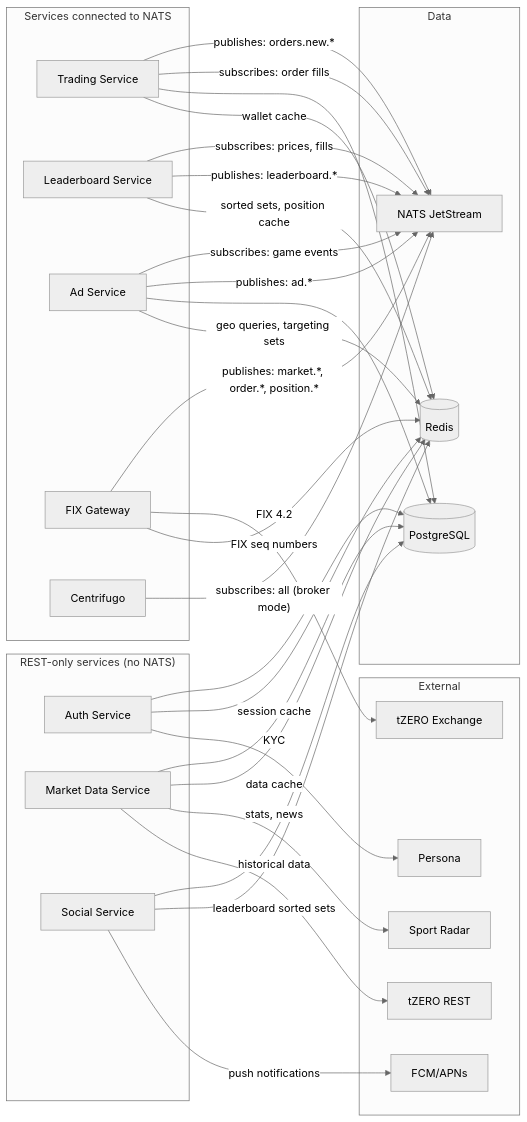
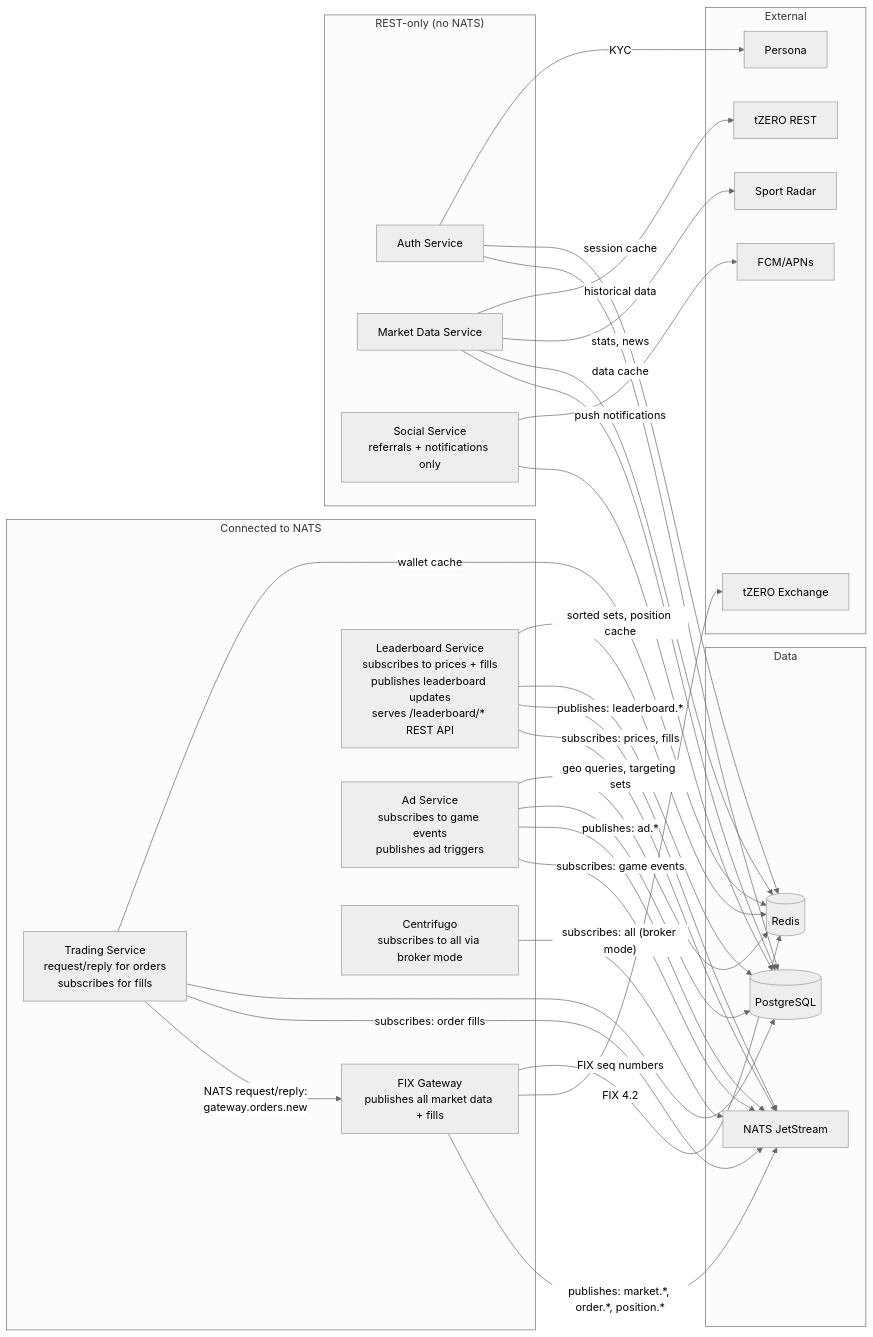
One commit to Novosapien/inplay-vault changed the second of 4 diagrams in vault/architecture/architecture.md. Above: the diagram before and after it, drawn with Mermaid (neutral theme). The commit also changed other lines of this file and 3 other files, not shown here.

First line of the commit message:
Fix service connections: Trading→FIX via NATS request/reply, Leaderboard gets REST API

````diff
--- a/vault/architecture/architecture.md
+++ b/vault/architecture/architecture.md
@@ -83,65 +85,67 @@
 ```mermaid
 graph LR
-    subgraph NATS_Connected["Services connected to NATS"]
-        TRADING[Trading Service]
-        LEADER[Leaderboard Service]
-        ADS[Ad Service]
-        FIX[FIX Gateway]
-        CENT[Centrifugo]
+    subgraph NATS_Connected["Connected to NATS"]
+        FIX[FIX Gateway<br/>publishes all market data + fills]
+        TRADING[Trading Service<br/>request/reply for orders<br/>subscribes for fills]
+        LEADER[Leaderboard Service<br/>subscribes to prices + fills<br/>publishes leaderboard updates<br/>serves /leaderboard/* REST API]
+        ADS[Ad Service<br/>subscribes to game events<br/>publishes ad triggers]
+        CENT[Centrifugo<br/>subscribes to all via broker mode]
     end
 
-    subgraph REST_Only["REST-only services (no NATS)"]
+    subgraph REST_Only["REST-only (no NATS)"]
         AUTH[Auth Service]
         MARKET[Market Data Service]
-        SOCIAL[Social Service]
+        SOCIAL[Social Service<br/>referrals + notifications only]
     end
 
     subgraph Data
         NATS[NATS JetStream]
         PG[(PostgreSQL)]
         REDIS[(Redis)]
     end
 
     subgraph External
         TZERO[tZERO Exchange]
         SR[Sport Radar]
         PERSONA[Persona]
         FCM[FCM/APNs]
         TZERO_REST[tZERO REST]
     end
 
-    %% NATS connections
+    %% Order flow: Trading Service → FIX Gateway via NATS request/reply
+    TRADING -- "NATS request/reply:<br/>gateway.orders.new" --> FIX
+    
+    %% FIX Gateway publishes results to NATS
     FIX -- "publishes: market.*, order.*, position.*" --> NATS
-    TRADING -- "publishes: orders.new.*" --> NATS
+    FIX -- "FIX 4.2" --> TZERO
+    
+    %% Services subscribing to NATS
     TRADING -- "subscribes: order fills" --> NATS
     LEADER -- "subscribes: prices, fills" --> NATS
     LEADER -- "publishes: leaderboard.*" --> NATS
     ADS -- "subscribes: game events" --> NATS
     ADS -- "publishes: ad.*" --> NATS
     CENT -- "subscribes: all (broker mode)" --> NATS
 
-    %% FIX to tZERO
-    FIX -- "FIX 4.2" --> TZERO
-
-    %% PostgreSQL connections
+    %% PostgreSQL connections (all services)
     TRADING --> PG
     AUTH --> PG
     MARKET --> PG
     SOCIAL --> PG
     ADS --> PG
+    LEADER --> PG
 
     %% Redis connections
     TRADING -- "wallet cache" --> REDIS
     AUTH -- "session cache" --> REDIS
     MARKET -- "data cache" --> REDIS
-    SOCIAL -- "leaderboard sorted sets" --> REDIS
+    LEADER -- "sorted sets, position cache" --> REDIS
     ADS -- "geo queries, targeting sets" --> REDIS
-    LEADER -- "sorted sets, position cache" --> REDIS
     FIX -- "FIX seq numbers" --> REDIS
 
     %% External API connections
     AUTH -- "KYC" --> PERSONA
     MARKET -- "stats, news" --> SR
     MARKET -- "historical data" --> TZERO_REST
     SOCIAL -- "push notifications" --> FCM
 ```
````
